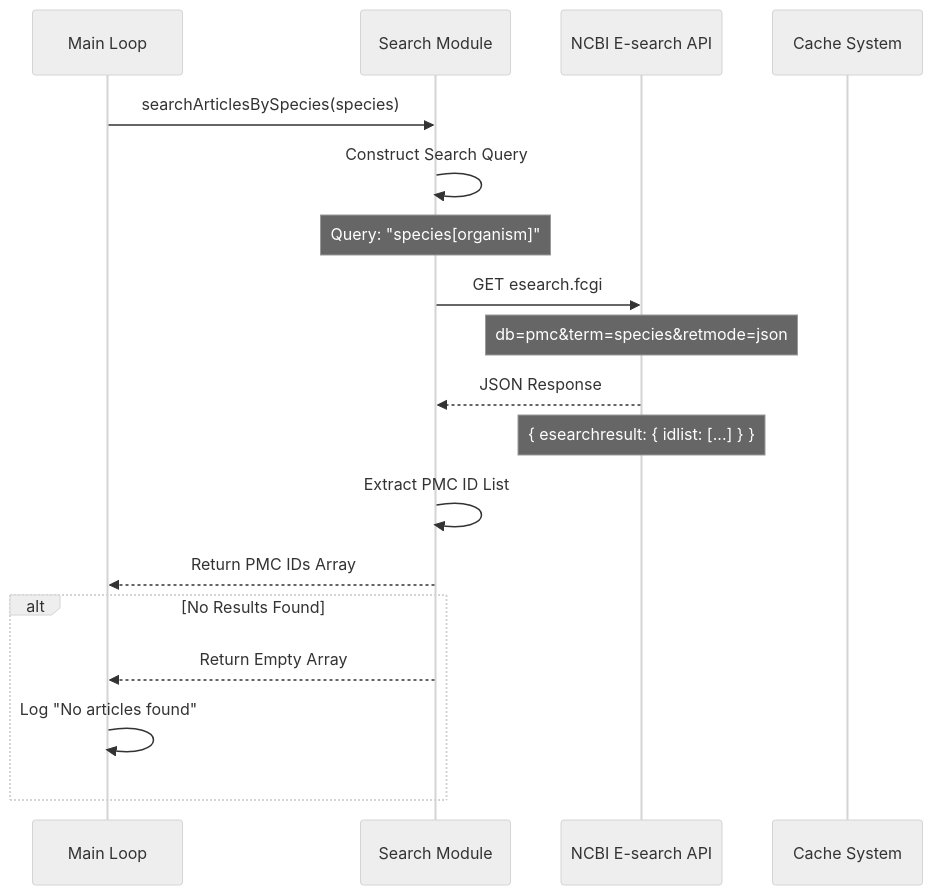
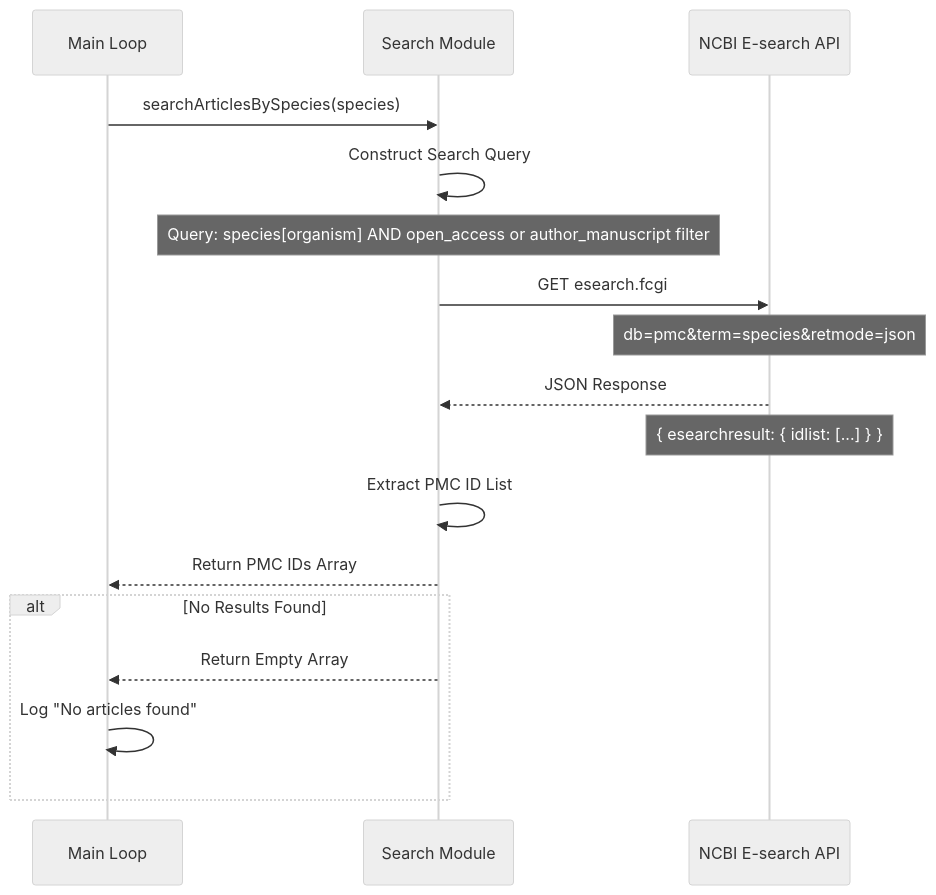
One commit to AlexJSully/Publication-Figure-Retrieval changed the second of 12 diagrams in docs/architecture/pipelines.md. Above: the diagram before and after it, drawn with Mermaid (neutral theme). The commit also changed other lines of this file and 28 other files, not shown here.

First line of the commit message:
Fix unable to retrieve figure publication images (#242)

````diff
--- a/docs/architecture/pipelines.md
+++ b/docs/architecture/pipelines.md
@@ -43,26 +43,25 @@
 ```mermaid
 sequenceDiagram
     accTitle: Species Search Pipeline
-    accDescr: The main loop calls the search module with a species name. The module constructs a query of the form species[organism] and sends a GET request to the NCBI esearch endpoint. The API returns a JSON response whose esearchresult.idlist holds the PMC IDs, which the module returns to the main loop. When no results are found it returns an empty array and the main loop logs that no articles were found.
+    accDescr: The main loop calls the search module with a species name. The module constructs a query of the form species[organism] AND (open_access[Filter] OR author_manuscript[Filter]) and sends a GET request to the NCBI esearch endpoint for the PMC database. The API returns a JSON response whose esearchresult.idlist holds the PMC IDs, which the module returns to the main loop. When no results are found it returns an empty array and the main loop logs that no articles were found.
 
     participant M as Main Loop
     participant S as Search Module
     participant API as NCBI E-search API
-    participant C as Cache System
 
     M->>S: searchArticlesBySpecies(species)
     S->>S: Construct Search Query
-    Note over S: Query: "species[organism]"
+    Note over S: Query: species[organism] AND open_access or author_manuscript filter
     S->>API: GET esearch.fcgi
     Note over API: db=pmc&term=species&retmode=json
 
     API-->>S: JSON Response
     Note over API: { esearchresult: { idlist: [...] } }
     S->>S: Extract PMC ID List
     S-->>M: Return PMC IDs Array
 
     alt No Results Found
         S-->>M: Return Empty Array
         M->>M: Log "No articles found"
     end
 ```
````
